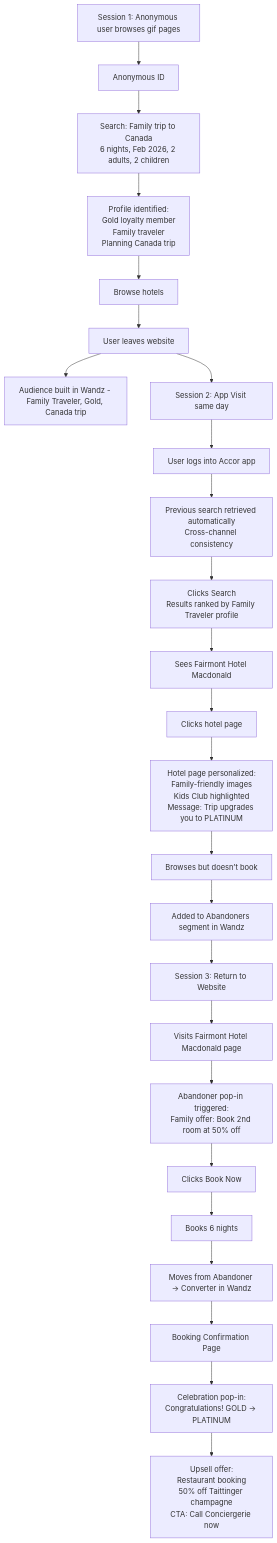
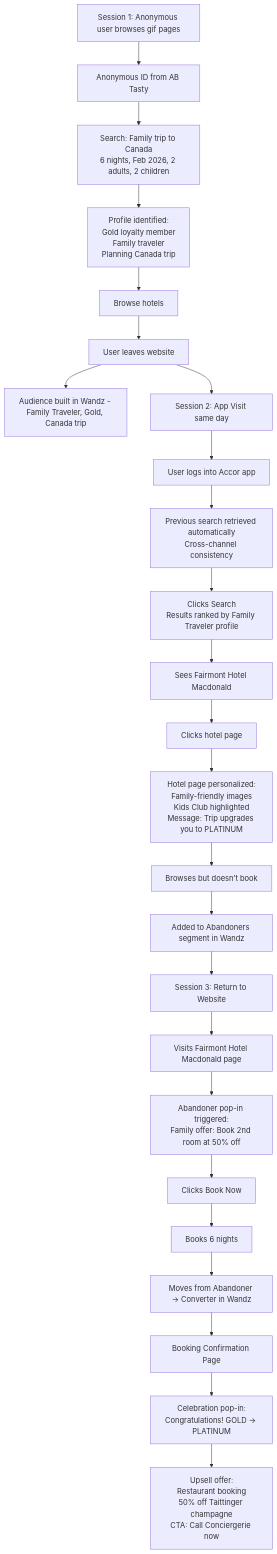
The diagram in README.md (valoudefou/luxury-perosnalisation-across-channel), drawn with Mermaid before and after one commit.

````diff
--- a/README.md
+++ b/README.md
@@ -1,34 +1,34 @@
 ```mermaid
 flowchart TD
     %% Session 1 - Website
-    A1[Session 1: Anonymous user browses gif pages] --> B1[Anonymous ID]
+    A1[Session 1: Anonymous user browses gif pages] --> B1[Anonymous ID from AB Tasty]
     B1 --> C1[Search: Family trip to Canada<br>6 nights, Feb 2026, 2 adults, 2 children]
     C1 --> D1[Profile identified:<br>Gold loyalty member<br>Family traveler<br>Planning Canada trip]
     D1 --> E1[Browse hotels]
     E1 --> F1[User leaves website]
     F1 --> G1[Audience built in Wandz - Family Traveler, Gold, Canada trip]
 
     %% Session 2 - App Visit
     F1 --> A2[Session 2: App Visit same day]
     A2 --> B2[User logs into Accor app]
     B2 --> C2[Previous search retrieved automatically<br>Cross-channel consistency]
     C2 --> D2[Clicks Search<br>Results ranked by Family Traveler profile]
     D2 --> E2[Sees Fairmont Hotel Macdonald]
     E2 --> F2[Clicks hotel page]
     F2 --> G2[Hotel page personalized:<br>Family-friendly images<br>Kids Club highlighted<br>Message: Trip upgrades you to PLATINUM]
     G2 --> H2[Browses but doesn’t book]
     H2 --> I2[Added to Abandoners segment in Wandz]
 
     %% Session 3 - Return to Website
     I2 --> A3[Session 3: Return to Website]
     A3 --> B3[Visits Fairmont Hotel Macdonald page]
     B3 --> C3[Abandoner pop-in triggered:<br>Family offer: Book 2nd room at 50% off]
     C3 --> D3[Clicks Book Now]
     D3 --> E3[Books 6 nights]
     E3 --> F3[Moves from Abandoner → Converter in Wandz]
 
     %% Confirmation & Upsell
     F3 --> G3[Booking Confirmation Page]
     G3 --> H3[Celebration pop-in:<br>Congratulations! GOLD → PLATINUM]
     H3 --> I3[Upsell offer:<br>Restaurant booking<br>50% off Taittinger champagne<br>CTA: Call Conciergerie now]
 ```
````
